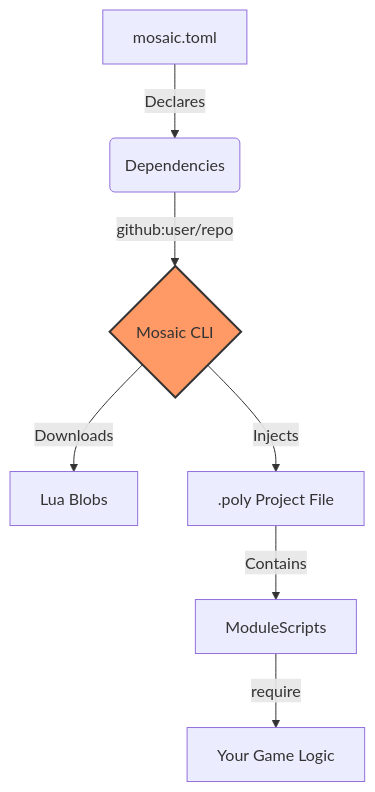
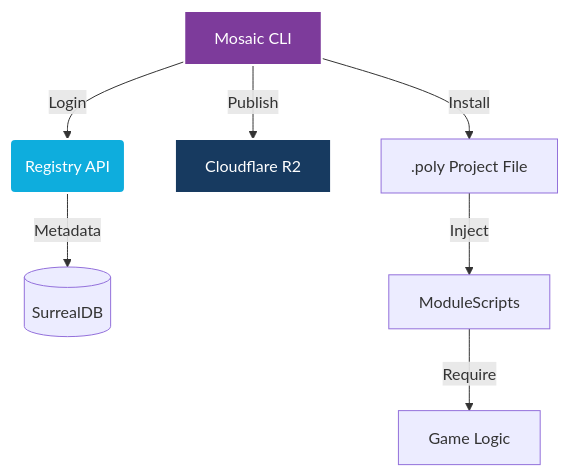
Before and after one commit to doshibadev/mosaic: the diagram in README.md, drawn with Mermaid. The commit also changed other lines of this file and 31 other files, not shown here.

````diff
--- a/README.md
+++ b/README.md
@@ -81,11 +63,13 @@
 ```mermaid
 graph TD
-    A[mosaic.toml] -->|Declares| B(Dependencies)
-    B -->|github:user/repo| C{Mosaic CLI}
-    C -->|Downloads| D[Lua Blobs]
-    C -->|Injects| E[.poly Project File]
-    E -->|Contains| F[ModuleScripts]
-    F -->|require| G[Your Game Logic]
+    A[Mosaic CLI] -->|Login| B(Registry API)
+    B -->|Metadata| C[(SurrealDB)]
+    A -->|Publish| D[Cloudflare R2]
+    A -->|Install| E[.poly Project File]
+    E -->|Inject| F[ModuleScripts]
+    F -->|Require| G[Game Logic]
 
-    style C fill:#f96,stroke:#333,stroke-width:2px
+    style A fill:#7d3b9b,stroke:#fff,stroke-width:2px,color:#fff
+    style B fill:#0eaddd,stroke:#fff,stroke-width:2px,color:#fff
+    style D fill:#173a60,stroke:#fff,stroke-width:2px,color:#fff
 ```
````
